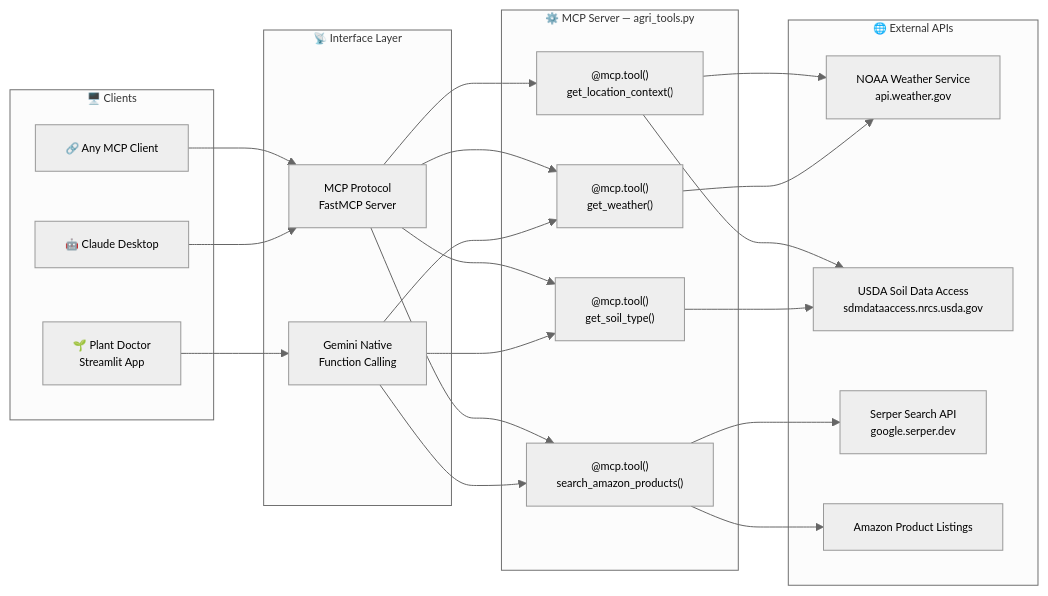
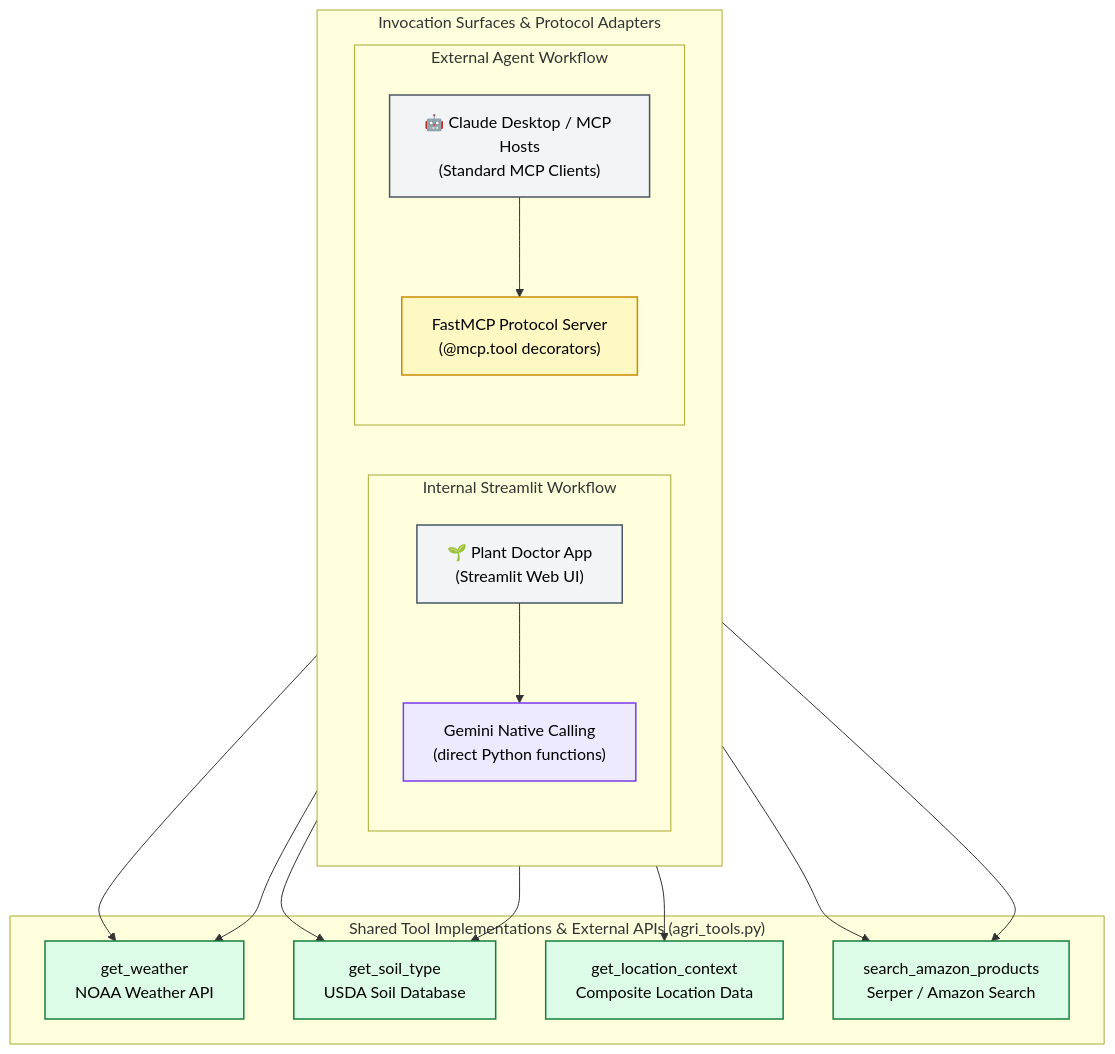
Before and after one commit to the-write-path-code/ch09-plant-doctor: the diagram in workflow/02_mcp_architecture.md, drawn with Mermaid. The commit also changed 3 other files, not shown here.

Commit message:
docs: align chapter 9 workflow diagrams with wiley monograph standards

````diff
--- a/workflow/02_mcp_architecture.md
+++ b/workflow/02_mcp_architecture.md
@@ -7,46 +7,38 @@
 ```mermaid
-%%{init: {"theme": "neutral", "themeVariables": {"fontFamily": "Arial, Helvetica, sans-serif", "fontSize": "11px", "actorFontSize": "11px", "noteFontSize": "10px", "messageFontSize": "10px"}}}%%
-flowchart LR
-    subgraph Clients["🖥️ Clients"]
-        A1["🌱 Plant Doctor\nStreamlit App"]
-        A2["🤖 Claude Desktop"]
-        A3["🔗 Any MCP Client"]
+flowchart TD
+    subgraph CONSUMERS ["Invocation Surfaces & Protocol Adapters"]
+        direction LR
+        subgraph PATH_A ["Internal Streamlit Workflow"]
+            direction TB
+            C1["🌱 Plant Doctor App<br/>(Streamlit Web UI)"]
+            NAT["Gemini Native Calling<br/>(direct Python functions)"]
+            C1 --> NAT
+        end
+        subgraph PATH_B ["External Agent Workflow"]
+            direction TB
+            C2["🤖 Claude Desktop / MCP Hosts<br/>(Standard MCP Clients)"]
+            MCP["FastMCP Protocol Server<br/>(@mcp.tool decorators)"]
+            C2 --> MCP
+        end
     end
 
-    subgraph Protocol["📡 Interface Layer"]
-        B1["Gemini Native\nFunction Calling"]
-        B2["MCP Protocol\nFastMCP Server"]
+    subgraph TOOLS ["Shared Tool Implementations & External APIs (agri_tools.py)"]
+        T1["get_weather<br/>NOAA Weather API"]
+        T2["get_soil_type<br/>USDA Soil Database"]
+        T3["get_location_context<br/>Composite Location Data"]
+        T4["search_amazon_products<br/>Serper / Amazon Search"]
+
+        NAT --> T1 & T2 & T4
+        MCP --> T1 & T2 & T3 & T4
     end
 
-    subgraph MCPServer["⚙️ MCP Server — agri_tools.py"]
-        C1["@mcp.tool()\nget_weather()"]
-        C2["@mcp.tool()\nget_soil_type()"]
-        C3["@mcp.tool()\nsearch_amazon_products()"]
-        C4["@mcp.tool()\nget_location_context()"]
-    end
+    classDef client fill:#F3F4F6,stroke:#4B5563,color:#000000,stroke-width:1.5px
+    classDef nat fill:#EDE9FE,stroke:#7C3AED,color:#000000,stroke-width:1.5px
+    classDef mcp fill:#FEF9C3,stroke:#CA8A04,color:#000000,stroke-width:1.5px
+    classDef tool fill:#DCFCE7,stroke:#15803D,color:#000000,stroke-width:1.5px
 
-    subgraph DataSources["🌐 External APIs"]
-        D1["NOAA Weather Service\napi.weather.gov"]
-        D2["USDA Soil Data Access\nsdmdataaccess.nrcs.usda.gov"]
-        D3["Serper Search API\ngoogle.serper.dev"]
-        D4["Amazon Product Listings"]
-    end
-
-    A1 --> B1
-    A2 --> B2
-    A3 --> B2
-    B1 --> C1
-    B1 --> C2
-    B1 --> C3
-    B2 --> C1
-    B2 --> C2
-    B2 --> C3
-    B2 --> C4
-    C1 --> D1
-    C2 --> D2
-    C3 --> D3
-    C3 --> D4
-    C4 --> D1
-    C4 --> D2
-
+    class C1,C2 client
+    class NAT nat
+    class MCP mcp
+    class T1,T2,T3,T4 tool
 ```
````
